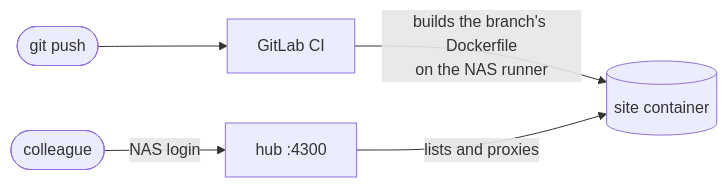
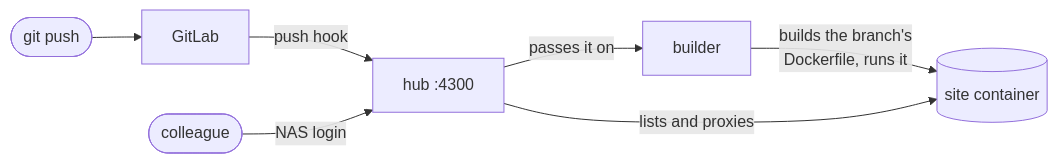
Before and after one commit to RaulSimpetru/synology-site-hub: the diagram in README.md, drawn with Mermaid. The commit also changed other lines of this file and 21 other files, not shown here.

First line of the commit message:
Build sites from GitLab push hooks instead of CI: no Docker socket in CI jobs

````diff
--- a/README.md
+++ b/README.md
@@ -29,7 +30,9 @@
 ```mermaid
 flowchart LR
-  dev([git push]) --> gl[GitLab CI]
-  gl -- "builds the branch's Dockerfile<br/>on the NAS runner" --> site[(site container)]
-  user([colleague]) -- "NAS login" --> hub[hub :4300]
+  dev([git push]) --> gl[GitLab]
+  gl -- "push hook" --> hub[hub :4300]
+  hub -- "passes it on" --> builder[builder]
+  builder -- "builds the branch's<br/>Dockerfile, runs it" --> site[(site container)]
+  user([colleague]) -- "NAS login" --> hub
   hub -- "lists and proxies" --> site
 ```
````
